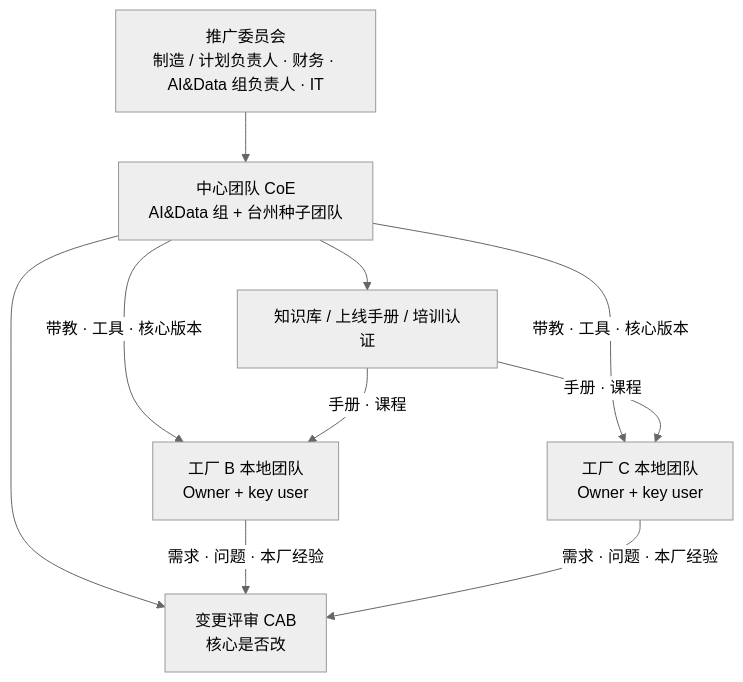
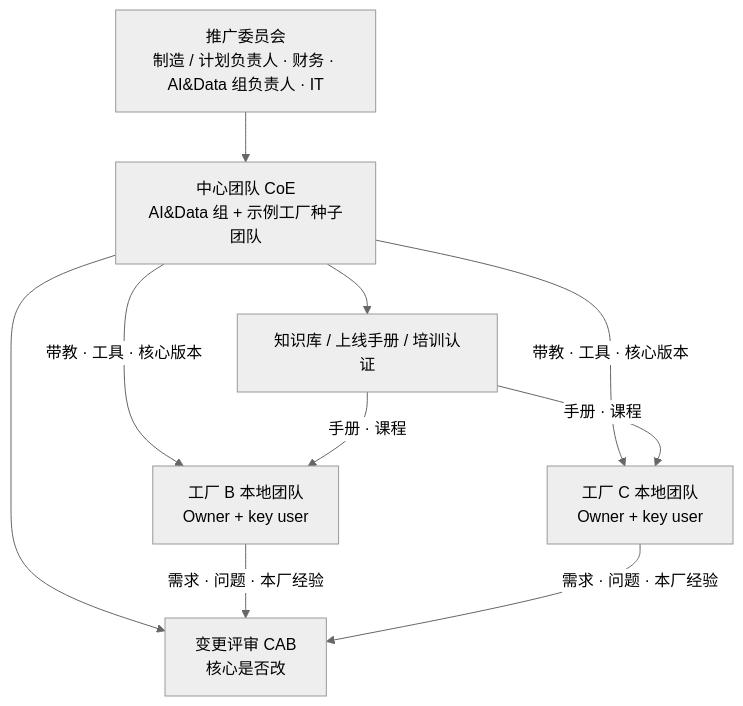
Diagram 14 of 14 in 发布/归档/产量成本模型-要素拆解 (1).md (Jeremy-Lyu/volume_cost_simulation), drawn with Mermaid (neutral theme) before and after one commit. The commit also changed other lines of this file and 44 other files, not shown here.

````diff
--- a/发布/归档/产量成本模型-要素拆解 (1).md
+++ b/发布/归档/产量成本模型-要素拆解 (1).md
@@ -2089,15 +2089,15 @@
 ```mermaid
 flowchart TB
   SC[推广委员会<br/>制造 / 计划负责人 · 财务 · AI&Data 组负责人 · IT]
-  COE[中心团队 CoE<br/>AI&Data 组 + 台州种子团队]
+  COE[中心团队 CoE<br/>AI&Data 组 + 示例工厂种子团队]
   CAB[变更评审 CAB<br/>核心是否改]
   KB[知识库 / 上线手册 / 培训认证]
   P1[工厂 B 本地团队<br/>Owner + key user]
   P2[工厂 C 本地团队<br/>Owner + key user]
   SC --> COE
   COE --> CAB
   COE --> KB
   COE -- 带教 · 工具 · 核心版本 --> P1 & P2
   P1 & P2 -- 需求 · 问题 · 本厂经验 --> CAB
   KB -- 手册 · 课程 --> P1 & P2
 ```
````
